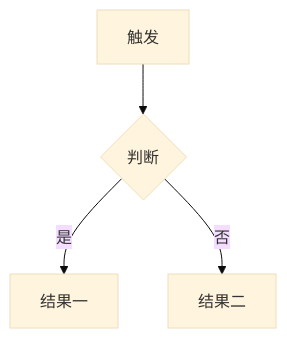
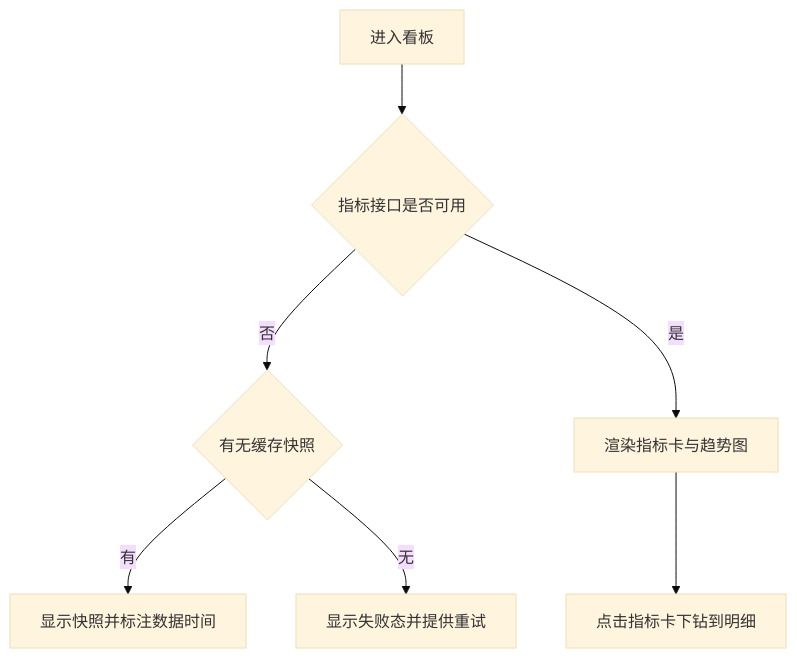
Before and after one commit to CharlesHYF/charles-prd-skill: the third of 3 diagrams in templates/prd-example/versions/1.0/prd.md, drawn with Mermaid (base theme). The commit also changed other lines of this file and 23 other files, not shown here.

````diff
--- a/templates/prd-example/versions/1.0/prd.md
+++ b/templates/prd-example/versions/1.0/prd.md
@@ -85,6 +133,9 @@
 ```mermaid
 flowchart TD
-	A[触发] --> B{判断}
-	B -- 是 --> C[结果一]
-	B -- 否 --> D[结果二]
+	A[进入看板] --> B{指标接口是否可用}
+	B -- 否 --> C{有无缓存快照}
+	C -- 有 --> D[显示快照并标注数据时间]
+	C -- 无 --> E[显示失败态并提供重试]
+	B -- 是 --> F[渲染指标卡与趋势图]
+	F --> G[点击指标卡下钻到明细]
 ```
````
